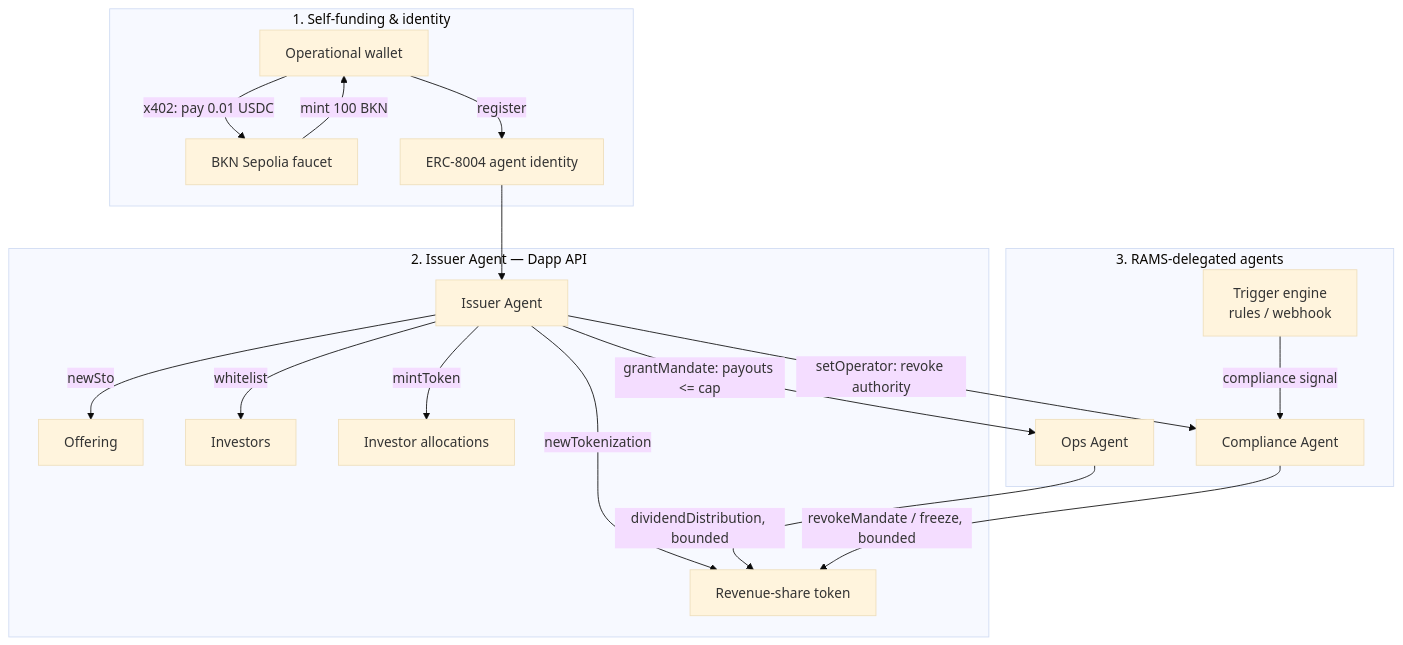
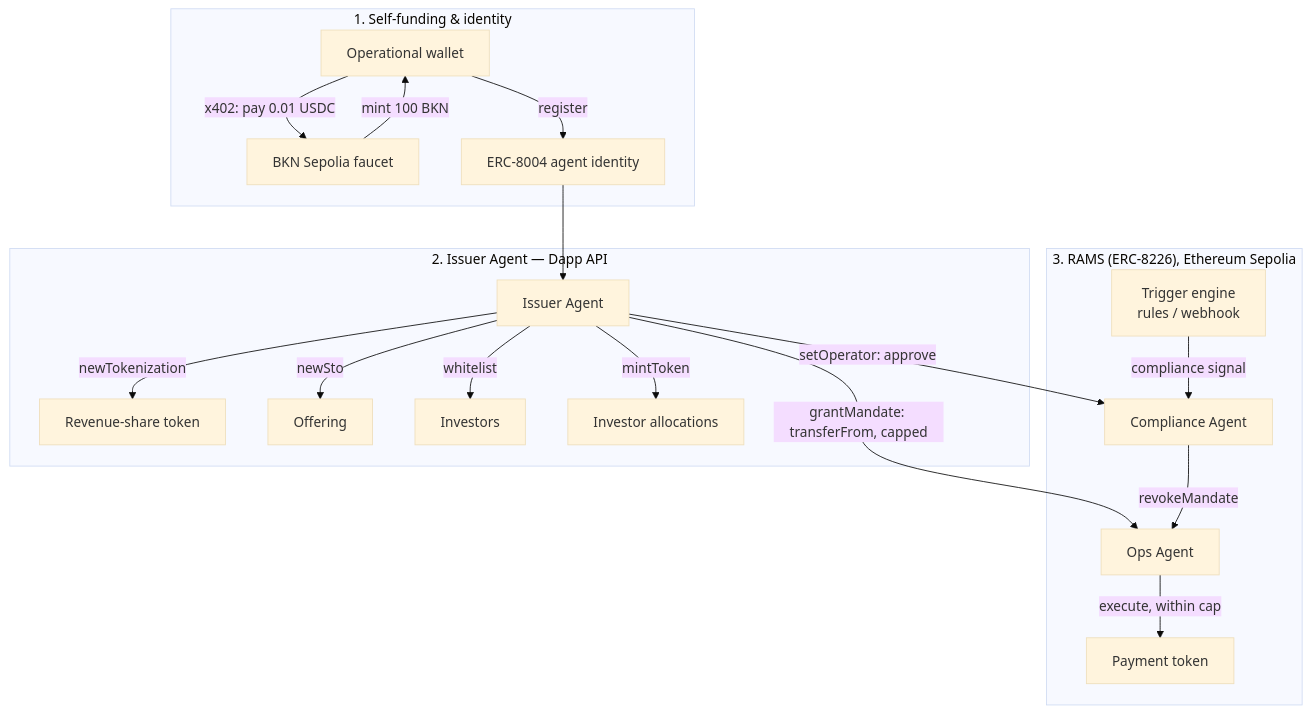
Before and after one commit to yeziR4/revpact: the diagram in README.md, drawn with Mermaid (base theme). The commit also changed other lines of this file and 13 other files, not shown here.

````diff
--- a/README.md
+++ b/README.md
@@ -27,24 +29,24 @@
 ```mermaid
 flowchart TB
     subgraph identity["1. Self-funding & identity"]
         W[Operational wallet] -->|x402: pay 0.01 USDC| F[BKN Sepolia faucet]
         F -->|mint 100 BKN| W
         W -->|register| ID[ERC-8004 agent identity]
     end
 
     subgraph issuance["2. Issuer Agent — Dapp API"]
         ID --> IA[Issuer Agent]
         IA -->|newTokenization| T[Revenue-share token]
         IA -->|newSto| STO[Offering]
         IA -->|whitelist| WL[Investors]
         IA -->|mintToken| MINT[Investor allocations]
     end
 
-    subgraph mandates["3. RAMS-delegated agents"]
-        IA -->|grantMandate: payouts <= cap| OA[Ops Agent]
-        IA -->|setOperator: revoke authority| CA[Compliance Agent]
-        OA -->|dividendDistribution, bounded| T
+    subgraph mandates["3. RAMS (ERC-8226), Ethereum Sepolia"]
+        IA -->|grantMandate: transferFrom, capped| OA[Ops Agent]
+        IA -->|setOperator: approve| CA[Compliance Agent]
+        OA -->|execute, within cap| PT[Payment token]
         TRIG[Trigger engine\nrules / webhook] -->|compliance signal| CA
-        CA -->|revokeMandate / freeze, bounded| T
+        CA -->|revokeMandate| OA
     end
 ```
````
